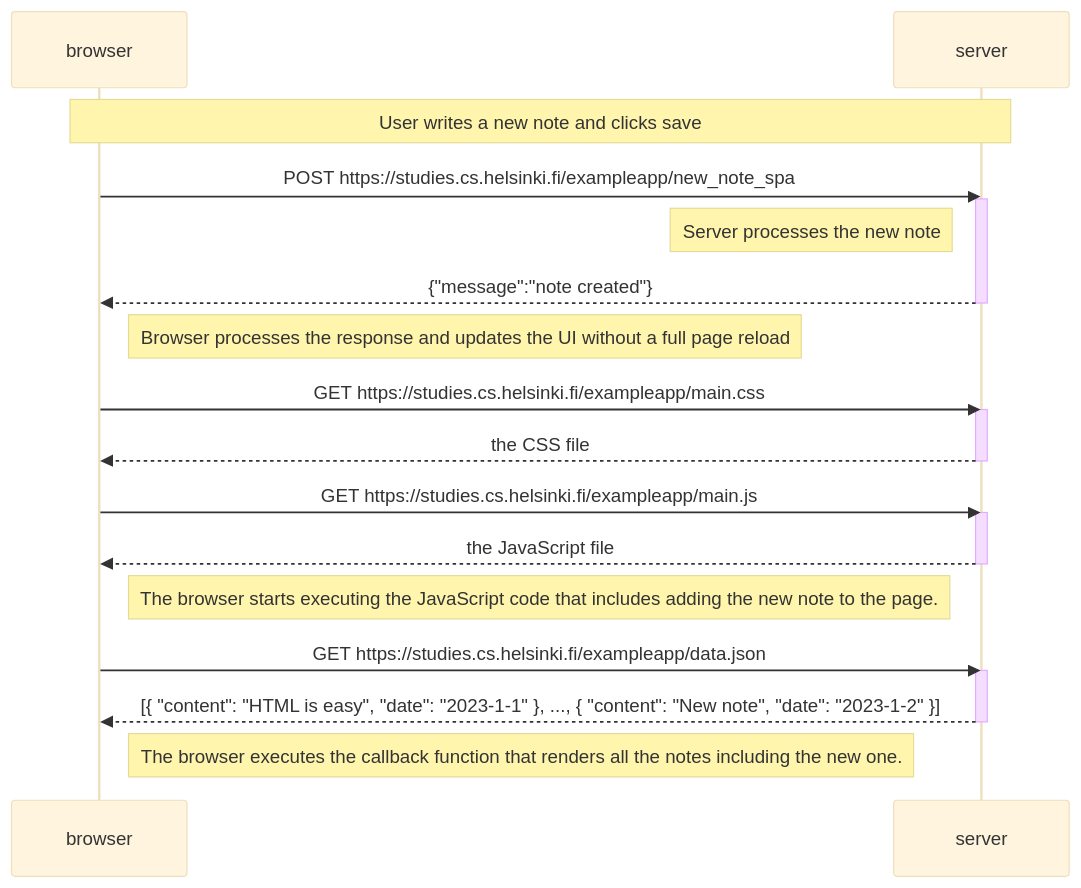
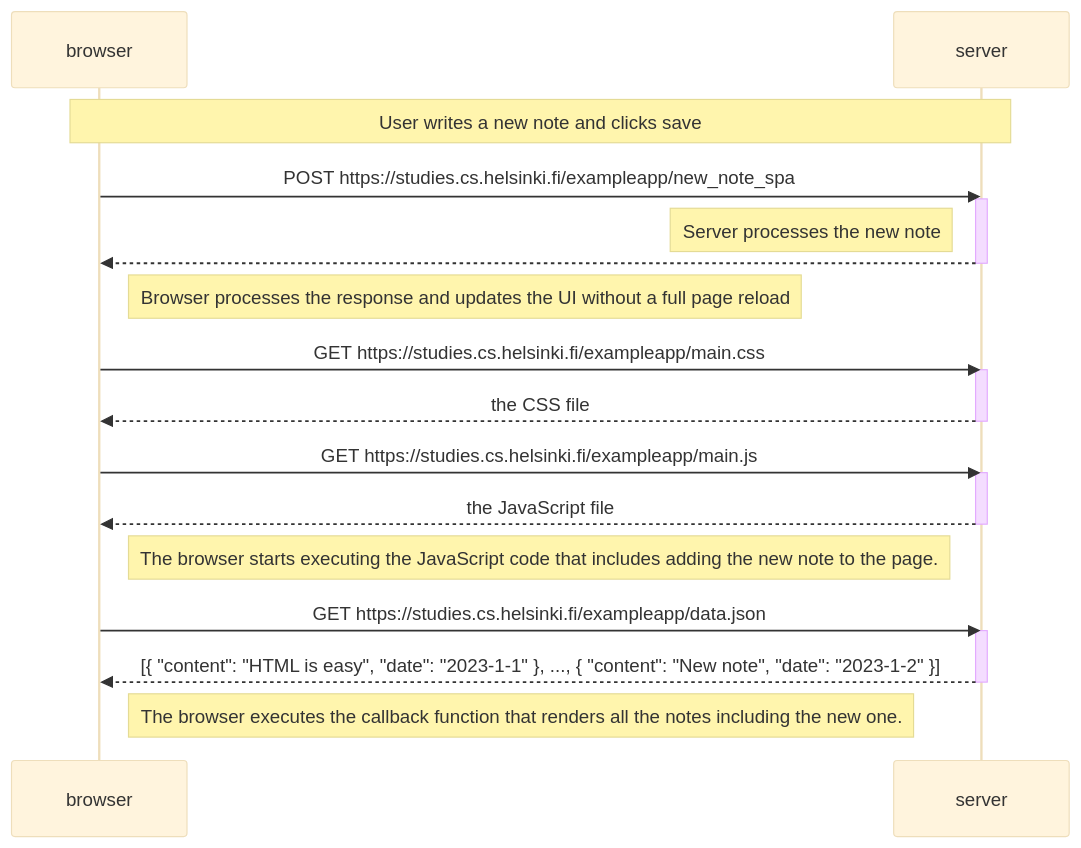
Before and after one commit to petteriraita/Fullstack: the diagram in part0/mermaid/note_diagram.md, drawn with Mermaid (base theme).

````diff
--- a/part0/mermaid/note_diagram.md
+++ b/part0/mermaid/note_diagram.md
@@ -1,34 +1,34 @@
 ```mermaid
 sequenceDiagram
     participant browser
     participant server
 
     Note over browser,server: User writes a new note and clicks save
 
     browser->>server: POST https://studies.cs.helsinki.fi/exampleapp/new_note_spa
     activate server
     Note left of server: Server processes the new note
-    server-->>browser: {"message":"note created"}
+    server-->>browser: 
     deactivate server
     
     Note right of browser: Browser processes the response and updates the UI without a full page reload
 
     browser->>server: GET https://studies.cs.helsinki.fi/exampleapp/main.css
     activate server
     server-->>browser: the CSS file
     deactivate server   
 
     browser->>server: GET https://studies.cs.helsinki.fi/exampleapp/main.js
     activate server
     server-->>browser: the JavaScript file
     deactivate server
 
     Note right of browser: The browser starts executing the JavaScript code that includes adding the new note to the page.
 
     browser->>server: GET https://studies.cs.helsinki.fi/exampleapp/data.json
     activate server
     server-->>browser: [{ "content": "HTML is easy", "date": "2023-1-1" }, ..., { "content": "New note", "date": "2023-1-2" }]
     deactivate server
 
     Note right of browser: The browser executes the callback function that renders all the notes including the new one.
 ```
````
